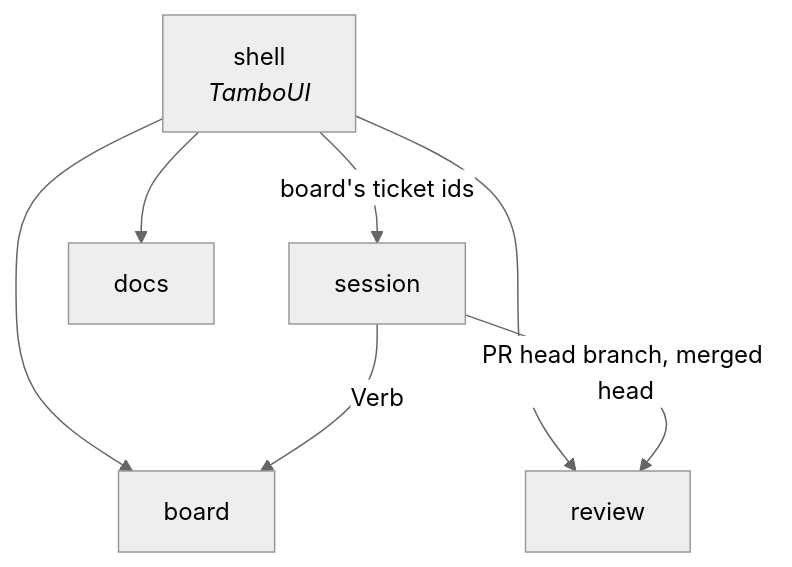
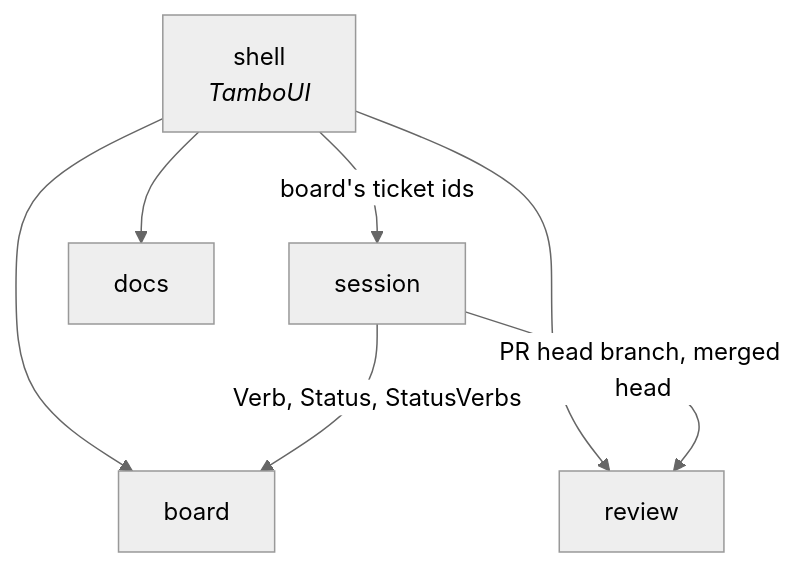
One commit to maxenceng/lazyclaude changed the diagram in docs/context-map.md. Above: the diagram before and after it, drawn with Mermaid (neutral theme). The commit also changed other lines of this file and 36 other files, not shown here.

First line of the commit message:
config.yml sets the verbs each status offers (#192)

````diff
--- a/docs/context-map.md
+++ b/docs/context-map.md
@@ -32,14 +32,14 @@
 ```mermaid
 graph TD
     shell[shell<br/><i>TamboUI</i>]
     board[board]
     session[session]
     review[review]
     docs[docs]
     shell --> board
     shell -- "board's ticket ids" --> session
     shell --> review
     shell --> docs
     session -- "PR head branch, merged head" --> review
-    session -- "Verb" --> board
+    session -- "Verb, Status, StatusVerbs" --> board
 ```
````
